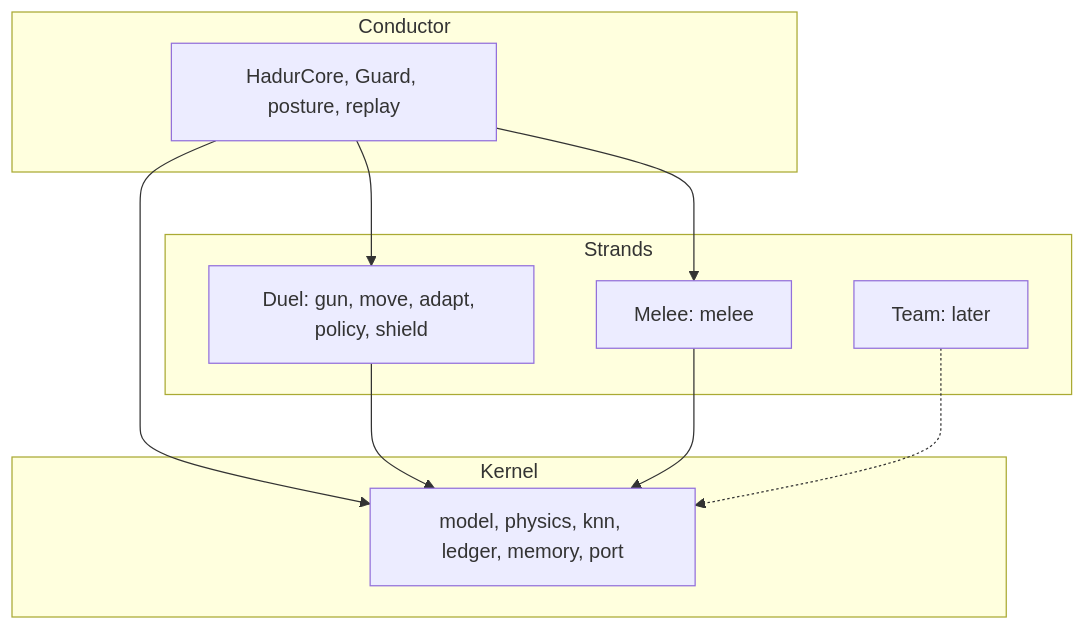
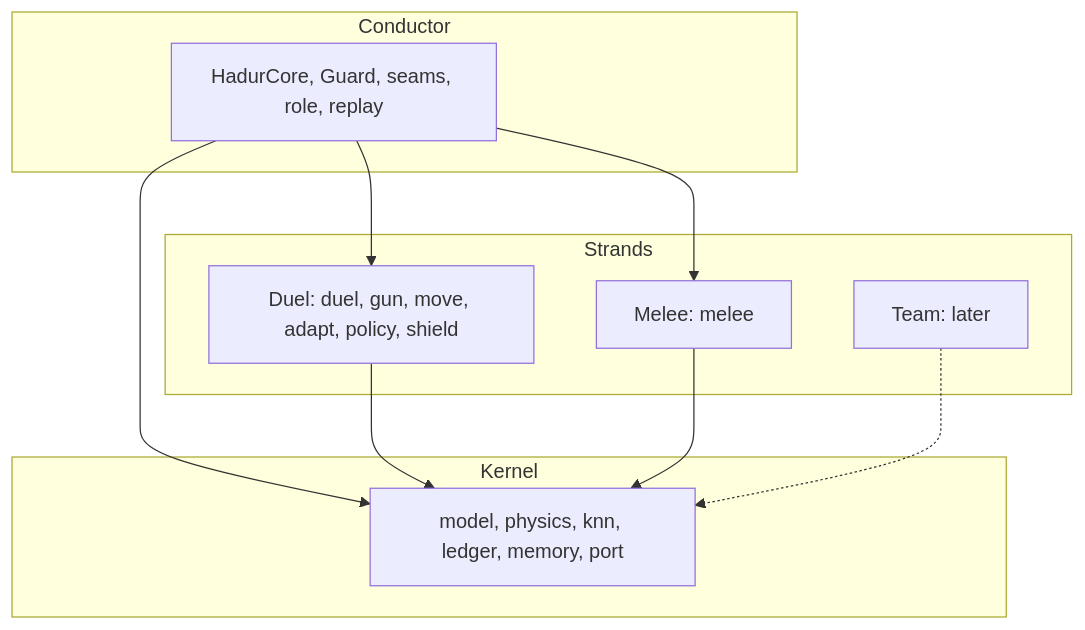
One commit to lgriffin/Hadur_Robot changed the second of 2 diagrams in docs/architecture.md. Above: the diagram before and after it, drawn with Mermaid. The commit also changed other lines of this file and 26 other files, not shown here.

First line of the commit message:
A2: lift the duel out of HadurCore behind the role contract

````diff
--- a/docs/architecture.md
+++ b/docs/architecture.md
@@ -151,20 +155,20 @@
 ```mermaid
 graph TB
     subgraph Conductor
-        HC[HadurCore, Guard, posture, replay]
+        HC[HadurCore, Guard, seams, role, replay]
     end
     subgraph Strands
-        D[Duel: gun, move, adapt, policy, shield]
+        D[Duel: duel, gun, move, adapt, policy, shield]
         M[Melee: melee]
         T[Team: later]
     end
     subgraph Kernel
         K[model, physics, knn, ledger, memory, port]
     end
     HC --> D
     HC --> M
     HC --> K
     D --> K
     M --> K
     T -.-> K
 ```
````
